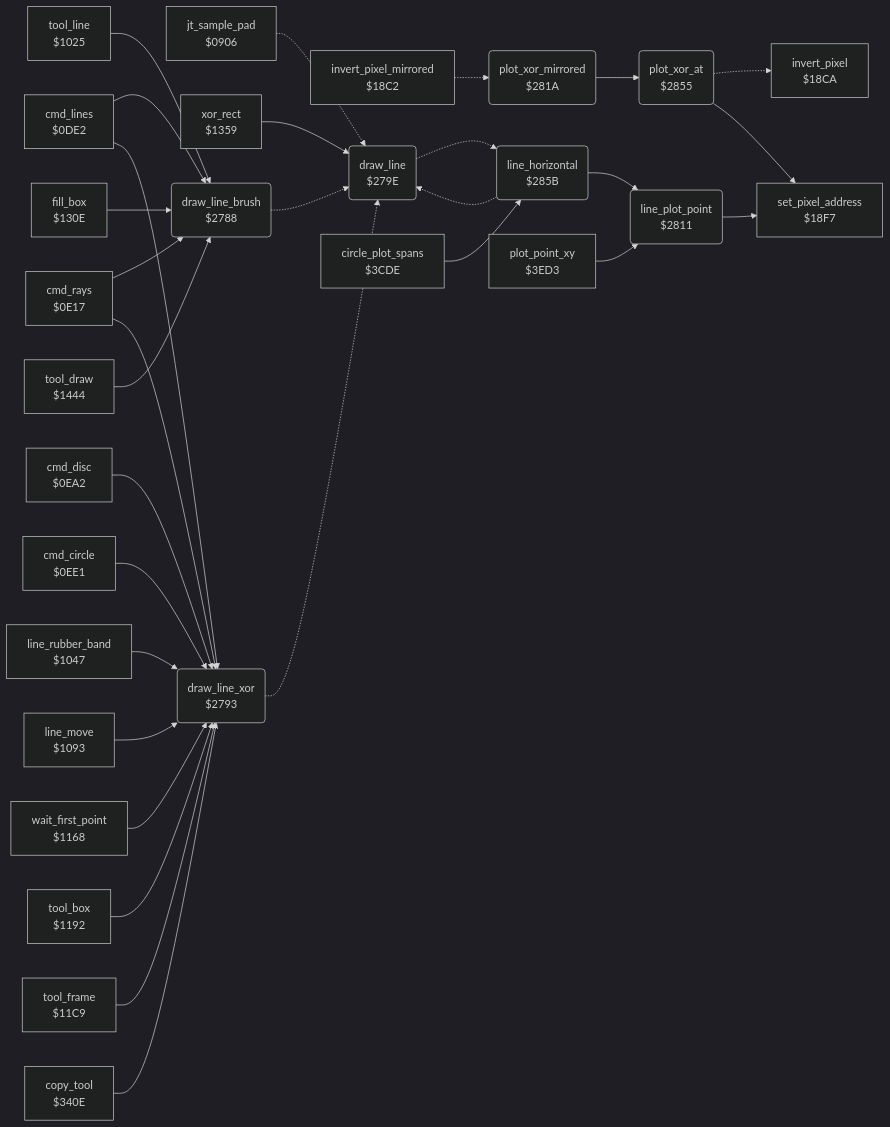
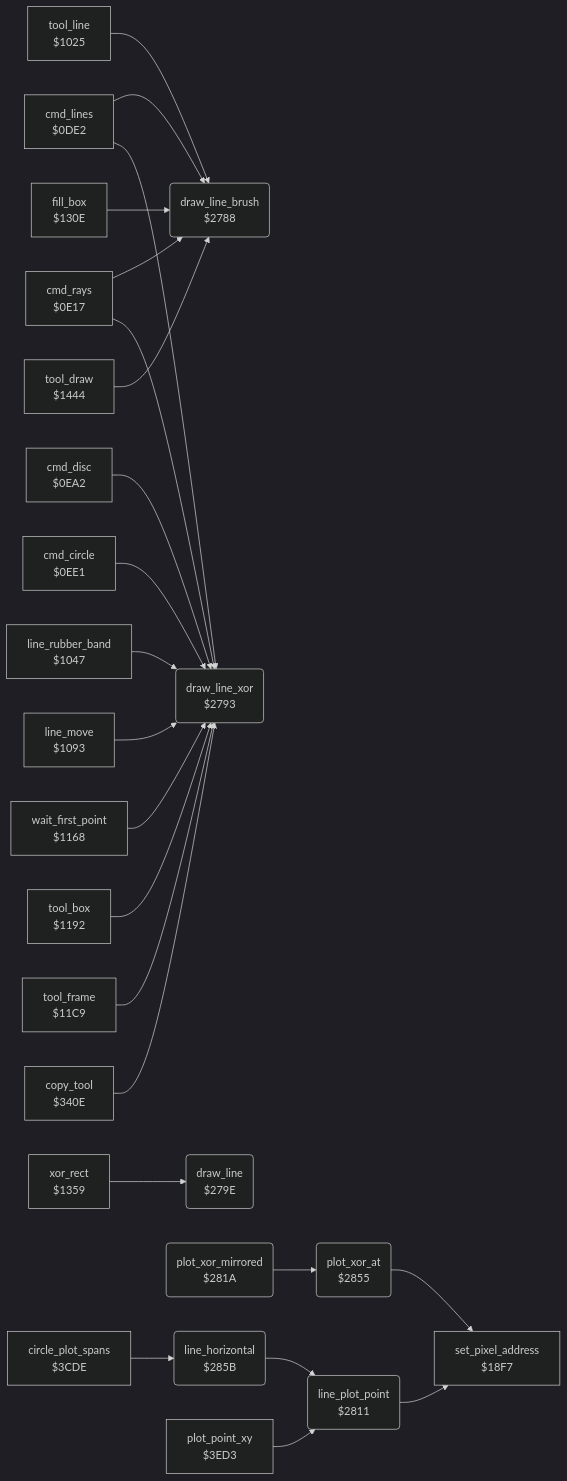
Before and after one commit to henols/c64_games: the diagram in koala_painter/v2/docs/reference/modules/graphics/bresenham_line.md, drawn with Mermaid (dark theme). The commit also changed other lines of this file and 1100 other files, not shown here.

````diff
--- a/koala_painter/v2/docs/reference/modules/graphics/bresenham_line.md
+++ b/koala_painter/v2/docs/reference/modules/graphics/bresenham_line.md
@@ -10,59 +22,49 @@
 ```mermaid
 flowchart LR
-  n0906["jt_sample_pad<br/>$0906"]
   n0de2["cmd_lines<br/>$0DE2"]
   n0e17["cmd_rays<br/>$0E17"]
   n0ea2["cmd_disc<br/>$0EA2"]
   n0ee1["cmd_circle<br/>$0EE1"]
   n1025["tool_line<br/>$1025"]
   n1047["line_rubber_band<br/>$1047"]
   n1093["line_move<br/>$1093"]
   n1168["wait_first_point<br/>$1168"]
   n1192["tool_box<br/>$1192"]
   n11c9["tool_frame<br/>$11C9"]
   n130e["fill_box<br/>$130E"]
   n1359["xor_rect<br/>$1359"]
   n1444["tool_draw<br/>$1444"]
-  n18c2["invert_pixel_mirrored<br/>$18C2"]
-  n18ca["invert_pixel<br/>$18CA"]
   n18f7["set_pixel_address<br/>$18F7"]
   n2788("draw_line_brush<br/>$2788")
   n2793("draw_line_xor<br/>$2793")
   n279e("draw_line<br/>$279E")
   n2811("line_plot_point<br/>$2811")
   n281a("plot_xor_mirrored<br/>$281A")
   n2855("plot_xor_at<br/>$2855")
   n285b("line_horizontal<br/>$285B")
   n340e["copy_tool<br/>$340E"]
   n3cde["circle_plot_spans<br/>$3CDE"]
   n3ed3["plot_point_xy<br/>$3ED3"]
-  n0906 -.-> n279e
   n0de2 --> n2788
   n0de2 --> n2793
   n0e17 --> n2788
   n0e17 --> n2793
   n0ea2 --> n2793
   n0ee1 --> n2793
   n1025 --> n2788
   n1047 --> n2793
   n1093 --> n2793
   n1168 --> n2793
   n1192 --> n2793
   n11c9 --> n2793
   n130e --> n2788
   n1359 --> n279e
   n1444 --> n2788
-  n18c2 -.-> n281a
-  n2788 -.-> n279e
-  n2793 -.-> n279e
-  n279e -.-> n285b
   n2811 --> n18f7
   n281a --> n2855
-  n2855 -.-> n18ca
   n2855 --> n18f7
-  n285b -.-> n279e
   n285b --> n2811
   n340e --> n2793
   n3cde --> n285b
   n3ed3 --> n2811
 ```
````
